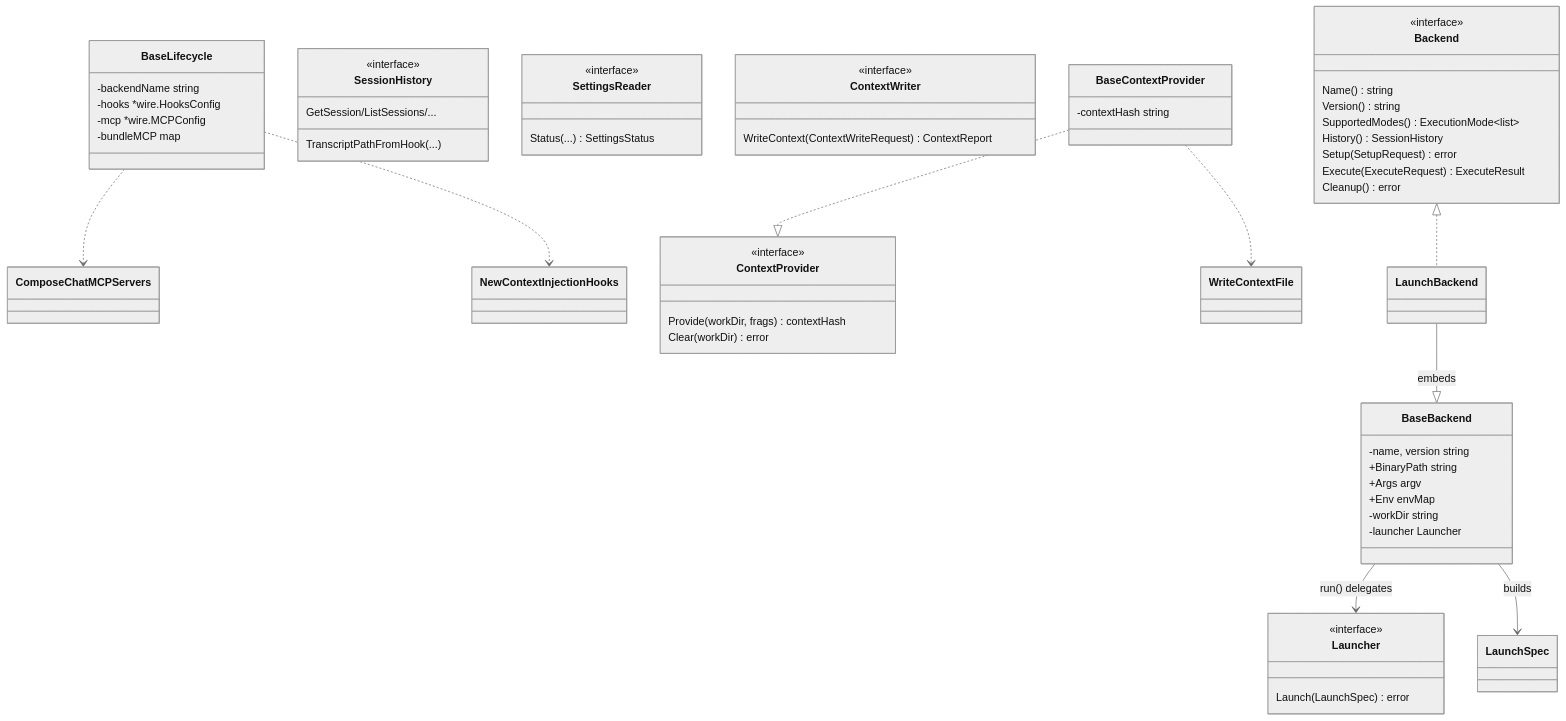
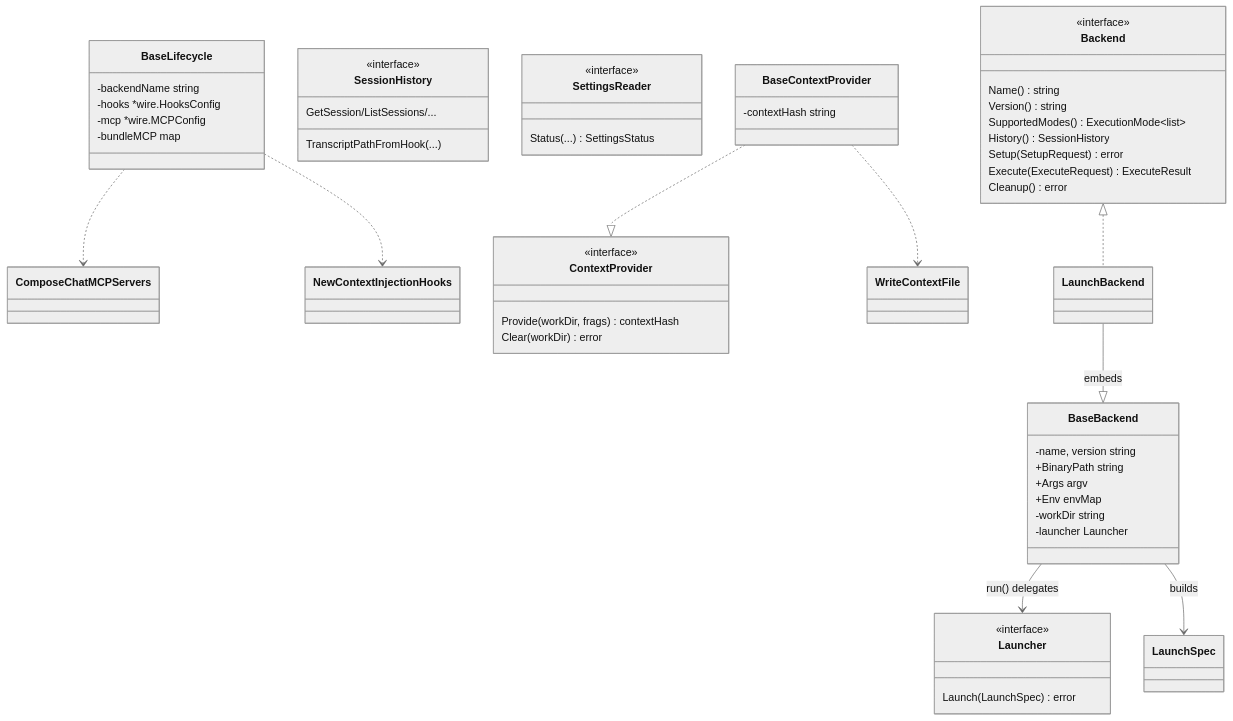
The diagram in docs/architecture/shared/agent-backend-contract.md (ctxloom/ctxloom), drawn with Mermaid (neutral theme) before and after one commit. The commit also changed other lines of this file and 32 other files, not shown here.

First line of the commit message:
refactor(agent): delete the managed-marker context writer and its read half

````diff
--- a/docs/architecture/shared/agent-backend-contract.md
+++ b/docs/architecture/shared/agent-backend-contract.md
@@ -5,64 +5,60 @@
 ```mermaid
 classDiagram
     class Backend {
         <<interface>>
         Name() string
         Version() string
         SupportedModes() ExecutionMode~list~
         History() SessionHistory
         Setup(SetupRequest) error
         Execute(ExecuteRequest) ExecuteResult
         Cleanup() error
     }
     class ContextProvider {
         <<interface>>
         Provide(workDir, frags) contextHash
         Clear(workDir) error
     }
     class SessionHistory {
         <<interface>>
         GetSession/ListSessions/...
         TranscriptPathFromHook(...)
     }
     class SettingsReader {
         <<interface>>
         Status(...) SettingsStatus
-    }
-    class ContextWriter {
-        <<interface>>
-        WriteContext(ContextWriteRequest) ContextReport
     }
     class Launcher {
         <<interface>>
         Launch(LaunchSpec) error
     }
 
     class BaseBackend {
         -name, version string
         +BinaryPath string
         +Args argv
         +Env envMap
         -workDir string
         -launcher Launcher
     }
     class BaseLifecycle {
         -backendName string
         -hooks *wire.HooksConfig
         -mcp *wire.MCPConfig
         -bundleMCP map
     }
     class BaseContextProvider {
         -contextHash string
     }
 
     BaseBackend --> Launcher : run() delegates
     BaseBackend --> LaunchSpec : builds
     BaseContextProvider ..|> ContextProvider
     BaseLifecycle ..> ComposeChatMCPServers
     BaseLifecycle ..> NewContextInjectionHooks
     BaseContextProvider ..> WriteContextFile
 
     class LaunchBackend
     LaunchBackend --|> BaseBackend : embeds
     Backend <|.. LaunchBackend
 ```
````
